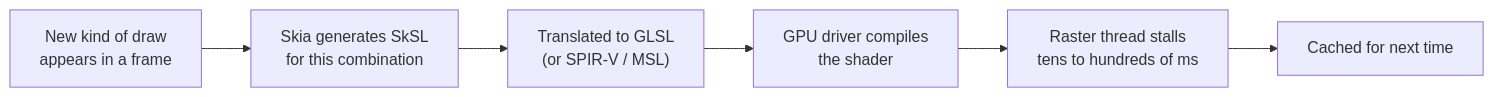
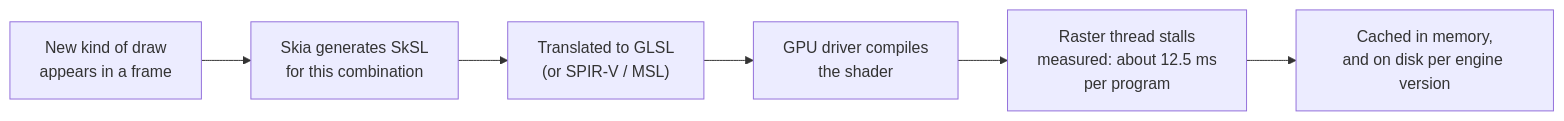
The diagram in docs/notes/02-skia-era.md (cm-collins/fluttercon-demo-app), drawn with Mermaid before and after one commit. The commit also changed other lines of this file and 9 other files, not shown here.

````diff
--- a/docs/notes/02-skia-era.md
+++ b/docs/notes/02-skia-era.md
@@ -11,8 +11,8 @@
 ```mermaid
 flowchart LR
     draw["New kind of draw<br/>appears in a frame"] --> gen["Skia generates SkSL<br/>for this combination"]
     gen --> translate["Translated to GLSL<br/>(or SPIR-V / MSL)"]
     translate --> driver["GPU driver compiles<br/>the shader"]
-    driver --> stall["Raster thread stalls<br/>tens to hundreds of ms"]
-    stall --> cached["Cached for next time"]
+    driver --> stall["Raster thread stalls<br/>measured: about 12.5 ms<br/>per program"]
+    stall --> cached["Cached in memory,<br/>and on disk per engine version"]
 ```
````
